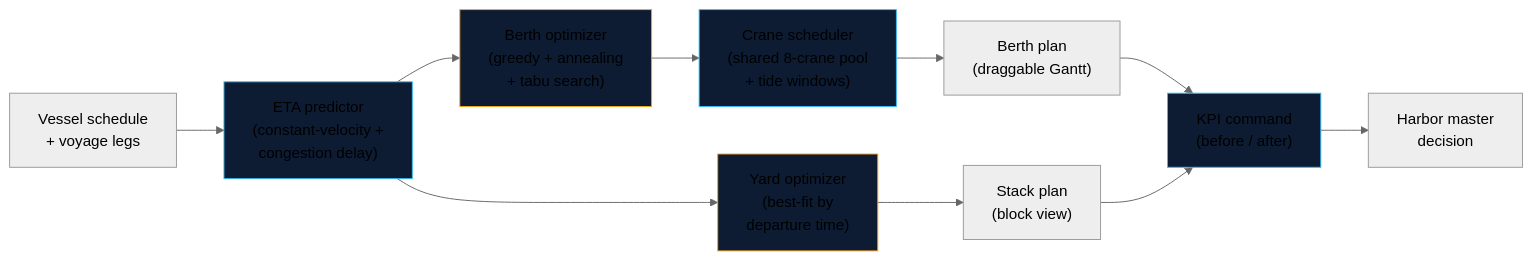
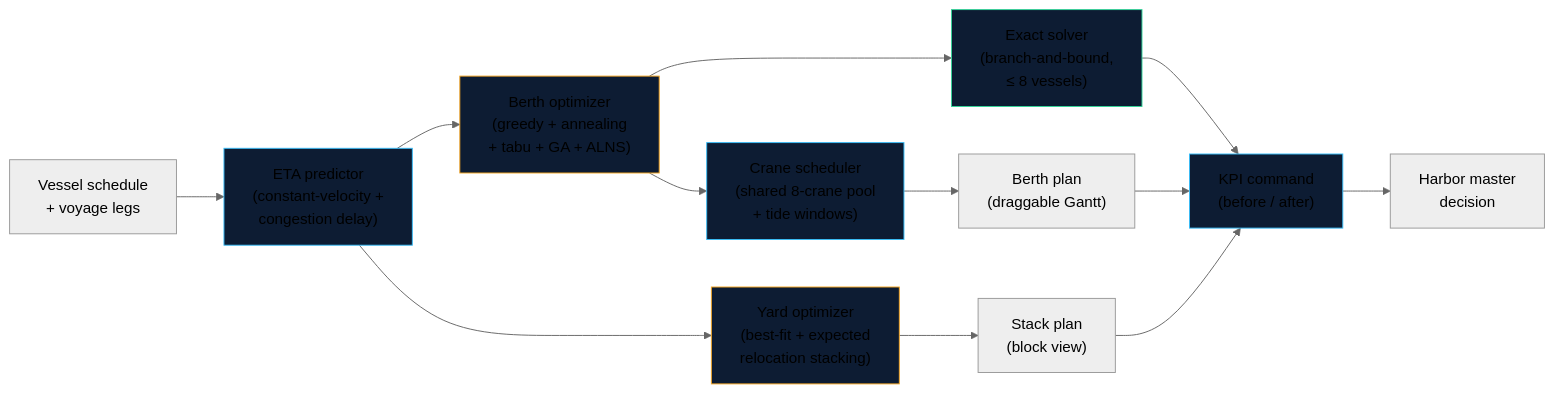
The diagram in README.md (eliem08/berthwise), drawn with Mermaid (neutral theme) before and after one commit. The commit also changed other lines of this file, not shown here.

````diff
--- a/README.md
+++ b/README.md
@@ -49,17 +89,20 @@
 ```mermaid
 flowchart LR
     A["Vessel schedule\n+ voyage legs"] --> B["ETA predictor\n(constant-velocity +\ncongestion delay)"]
-    B --> C["Berth optimizer\n(greedy + annealing\n+ tabu search)"]
+    B --> C["Berth optimizer\n(greedy + annealing\n+ tabu + GA + ALNS)"]
     C --> D["Crane scheduler\n(shared 8-crane pool\n+ tide windows)"]
     D --> E["Berth plan\n(draggable Gantt)"]
-    B --> F["Yard optimizer\n(best-fit by\ndeparture time)"]
+    B --> F["Yard optimizer\n(best-fit + expected\nrelocation stacking)"]
     F --> G["Stack plan\n(block view)"]
-    E --> H["KPI command\n(before / after)"]
+    C --> X["Exact solver\n(branch-and-bound,\n≤ 8 vessels)"]
+    X --> H["KPI command\n(before / after)"]
+    E --> H
     G --> H
     H --> I["Harbor master\ndecision"]
     style B fill:#0d1c33,stroke:#38bdf8
     style C fill:#0d1c33,stroke:#f5a623
     style D fill:#0d1c33,stroke:#38bdf8
     style F fill:#0d1c33,stroke:#f5a623
     style H fill:#0d1c33,stroke:#38bdf8
+    style X fill:#0d1c33,stroke:#34d399
 ```
````
